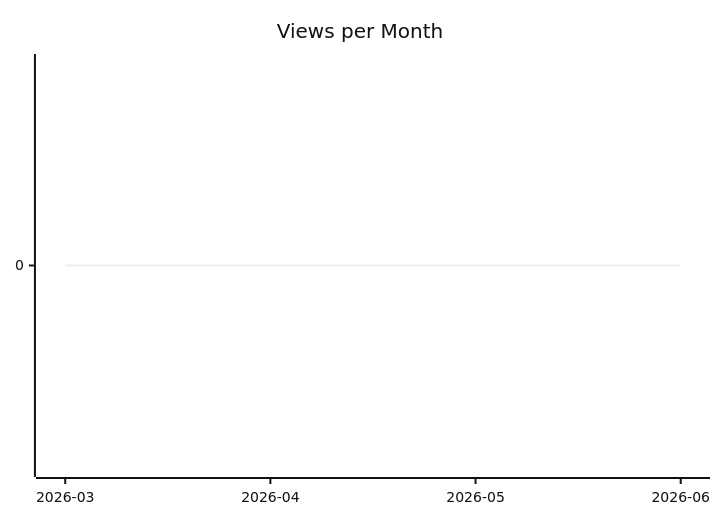
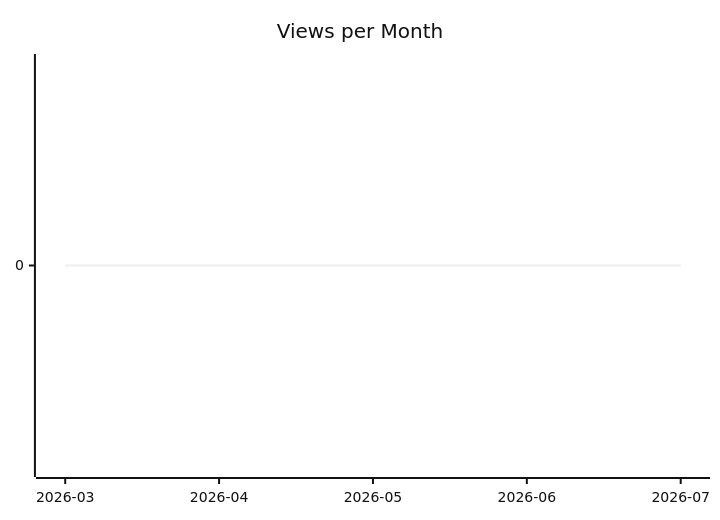
The second of 3 diagrams in karlmdavis/lego-ev3dev-rs/README.md (justdavis-family/github-analytics-data), drawn with Mermaid (neutral theme) before and after one commit. The commit also changed other lines of this file and 199 other files, not shown here.

````diff
--- a/karlmdavis/lego-ev3dev-rs/README.md
+++ b/karlmdavis/lego-ev3dev-rs/README.md
@@ -12,6 +12,6 @@
 ```mermaid
 xychart-beta
   title "Views per Month"
-  x-axis ["2026-03", "2026-04", "2026-05", "2026-06"]
-  line [0, 0, 0, 0]
+  x-axis ["2026-03", "2026-04", "2026-05", "2026-06", "2026-07"]
+  line [0, 0, 0, 0, 0]
 ```
````
